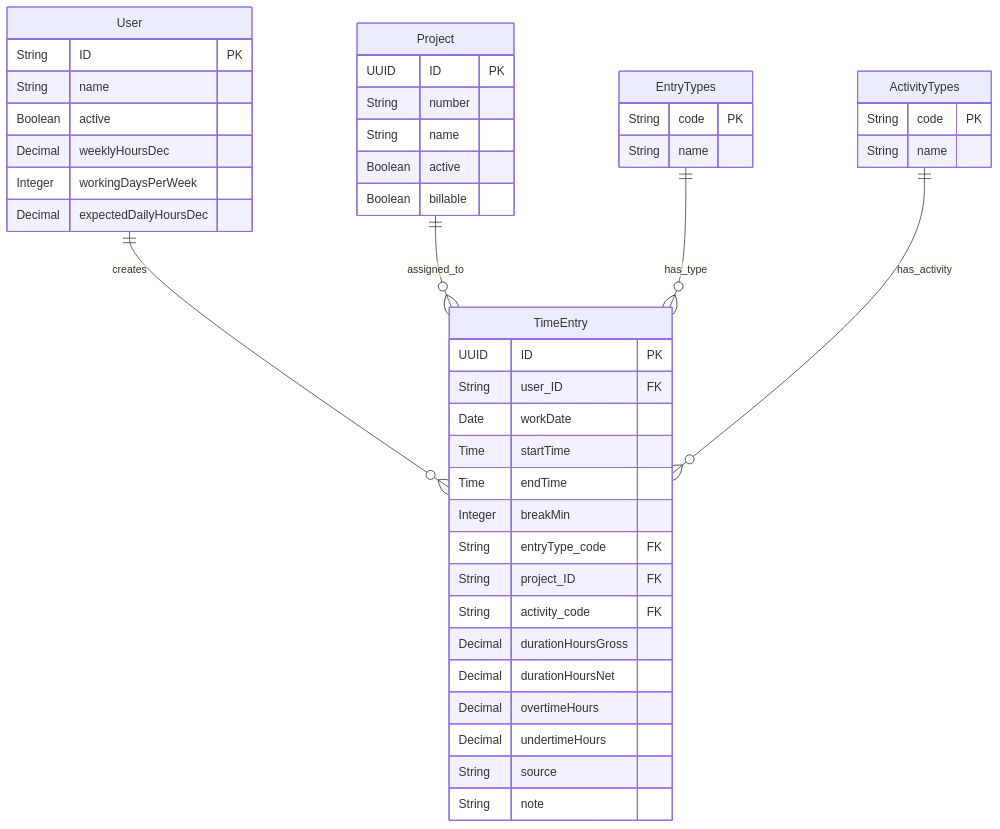
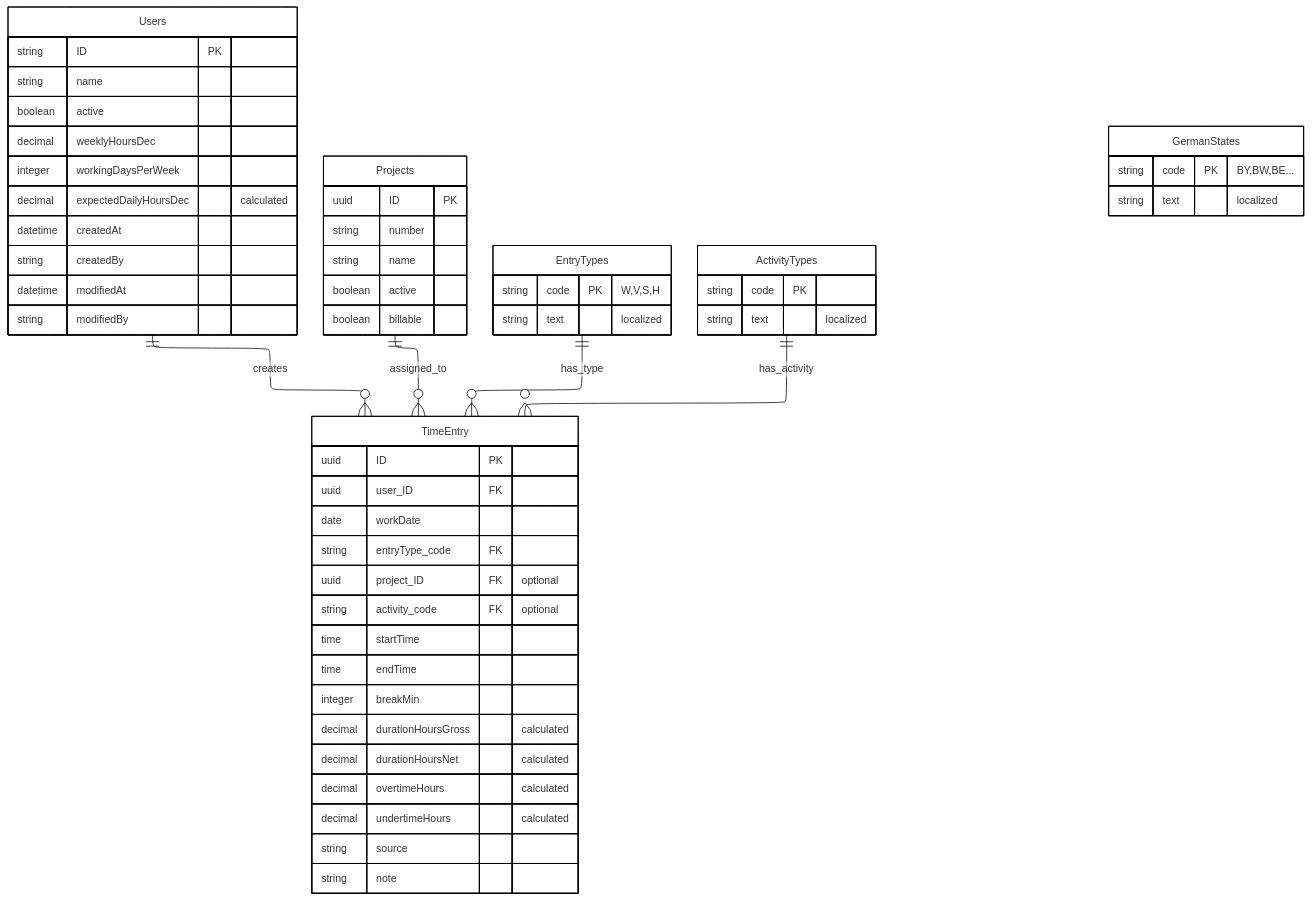
Before and after one commit to nimble-123/cap-fiori-timetracking: the second of 5 diagrams in README.md, drawn with Mermaid. The commit also changed other lines of this file, not shown here.

````diff
--- a/README.md
+++ b/README.md
@@ -167,52 +212,69 @@
 ```mermaid
+---
+config:
+  layout: elk
+  elk:
+    mergeEdges: false
+    nodePlacementStrategy: LINEAR_SEGMENTS
+  theme: neo
+---
 erDiagram
-    User {
-        String ID PK
-        String name
-        Boolean active
-        Decimal weeklyHoursDec
-        Integer workingDaysPerWeek
-        Decimal expectedDailyHoursDec
+    Users ||--o{ TimeEntry : creates
+    Projects ||--o{ TimeEntry : assigned_to
+    EntryTypes ||--o{ TimeEntry : has_type
+    ActivityTypes ||--o{ TimeEntry : has_activity
+
+    Users {
+        string ID PK
+        string name
+        boolean active
+        decimal weeklyHoursDec
+        integer workingDaysPerWeek
+        decimal expectedDailyHoursDec "calculated"
+        datetime createdAt
+        string createdBy
+        datetime modifiedAt
+        string modifiedBy
     }
 
     TimeEntry {
-        UUID ID PK
-        String user_ID FK
-        Date workDate
-        Time startTime
-        Time endTime
-        Integer breakMin
-        String entryType_code FK
-        String project_ID FK
-        String activity_code FK
-        Decimal durationHoursGross
-        Decimal durationHoursNet
-        Decimal overtimeHours
-        Decimal undertimeHours
-        String source
-        String note
+        uuid ID PK
+        uuid user_ID FK
+        date workDate
+        string entryType_code FK
+        uuid project_ID FK "optional"
+        string activity_code FK "optional"
+        time startTime
+        time endTime
+        integer breakMin
+        decimal durationHoursGross "calculated"
+        decimal durationHoursNet "calculated"
+        decimal overtimeHours "calculated"
+        decimal undertimeHours "calculated"
+        string source
+        string note
     }
 
-    Project {
-        UUID ID PK
-        String number
-        String name
-        Boolean active
-        Boolean billable
+    Projects {
+        uuid ID PK
+        string number
+        string name
+        boolean active
+        boolean billable
     }
 
     EntryTypes {
-        String code PK
-        String name
+        string code PK "W,V,S,H"
+        string text "localized"
     }
 
     ActivityTypes {
-        String code PK
-        String name
+        string code PK
+        string text "localized"
     }
 
-    User ||--o{ TimeEntry : creates
-    Project ||--o{ TimeEntry : assigned_to
-    EntryTypes ||--o{ TimeEntry : has_type
-    ActivityTypes ||--o{ TimeEntry : has_activity
+    GermanStates {
+        string code PK "BY,BW,BE..."
+        string text "localized"
+    }
 ```
````
